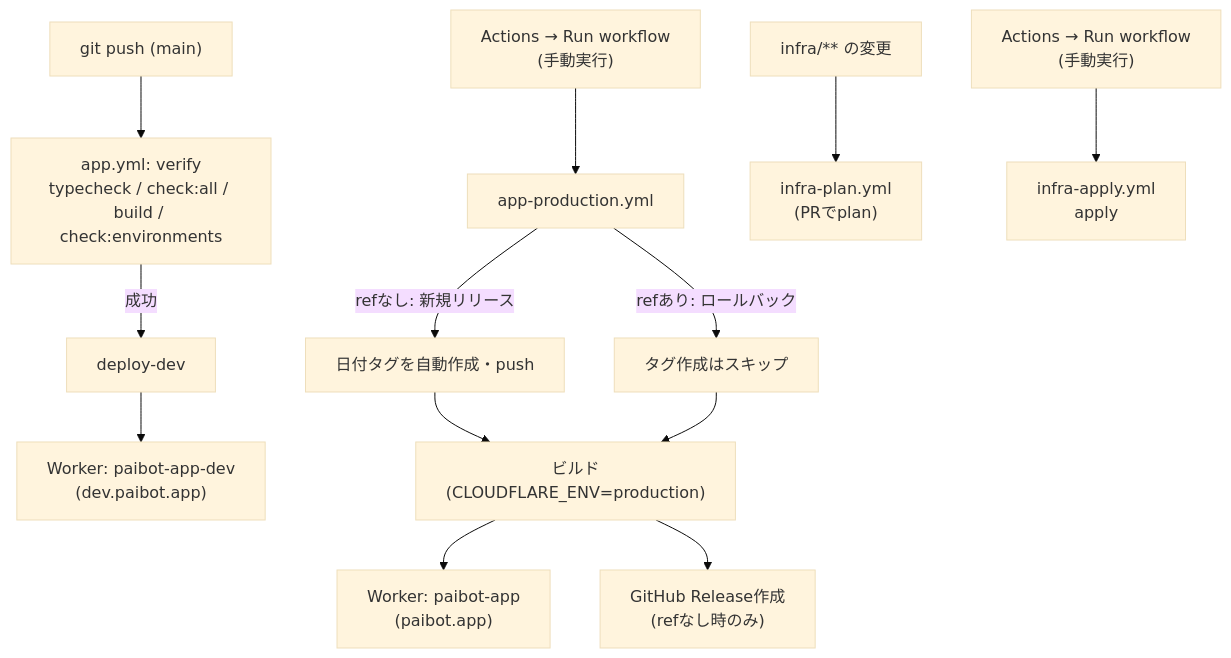
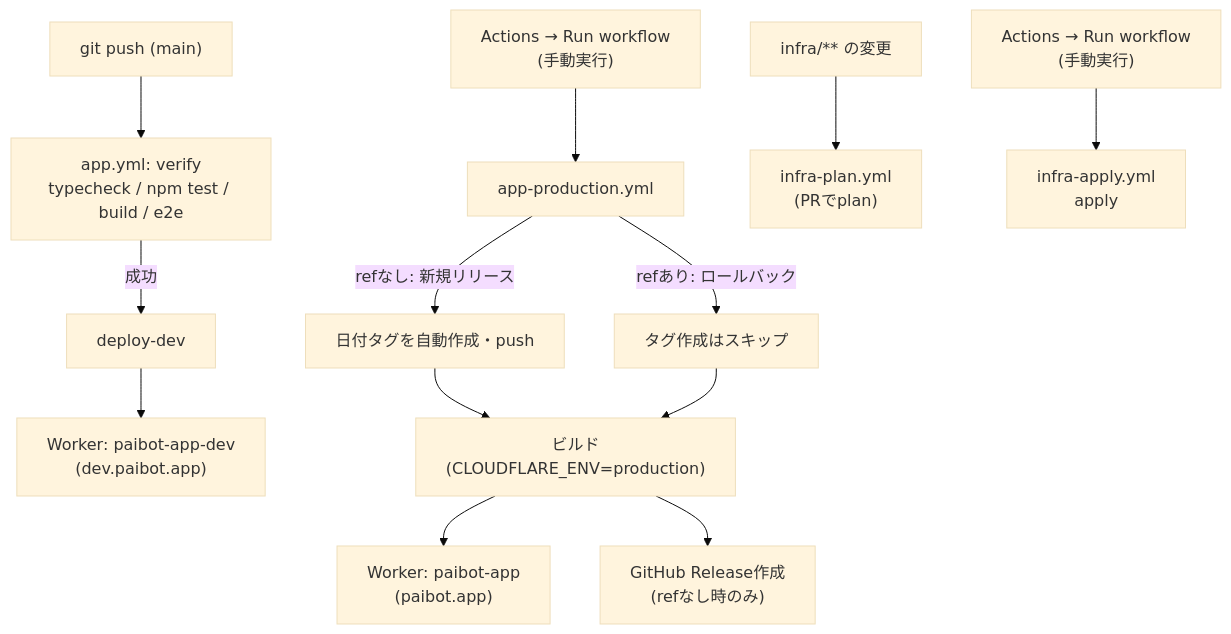
The second of 2 diagrams in docs/architecture.md (paibot-hq/paibot-app), drawn with Mermaid (base theme) before and after one commit. The commit also changed other lines of this file and 56 other files, not shown here.

````diff
--- a/docs/architecture.md
+++ b/docs/architecture.md
@@ -64,17 +64,17 @@
 ```mermaid
 flowchart TD
-    Push["git push (main)"] --> Verify["app.yml: verify\ntypecheck / check:all / build / check:environments"]
+    Push["git push (main)"] --> Verify["app.yml: verify\ntypecheck / npm test / build / e2e"]
     Verify -- 成功 --> DeployDev["deploy-dev"]
     DeployDev --> WorkerDev["Worker: paibot-app-dev\n(dev.paibot.app)"]
 
     Manual["Actions → Run workflow\n(手動実行)"] --> ProdJob["app-production.yml"]
     ProdJob -- "refなし: 新規リリース" --> Tag["日付タグを自動作成・push"]
     ProdJob -- "refあり: ロールバック" --> Skip["タグ作成はスキップ"]
     Tag --> BuildProd["ビルド(CLOUDFLARE_ENV=production)"]
     Skip --> BuildProd
     BuildProd --> WorkerProd["Worker: paibot-app\n(paibot.app)"]
     BuildProd --> Release["GitHub Release作成\n(refなし時のみ)"]
 
     InfraPush["infra/** の変更"] --> InfraPlan["infra-plan.yml\n(PRでplan)"]
     InfraApply["Actions → Run workflow\n(手動実行)"] --> InfraApplyJob["infra-apply.yml\napply"]
 ```
````
